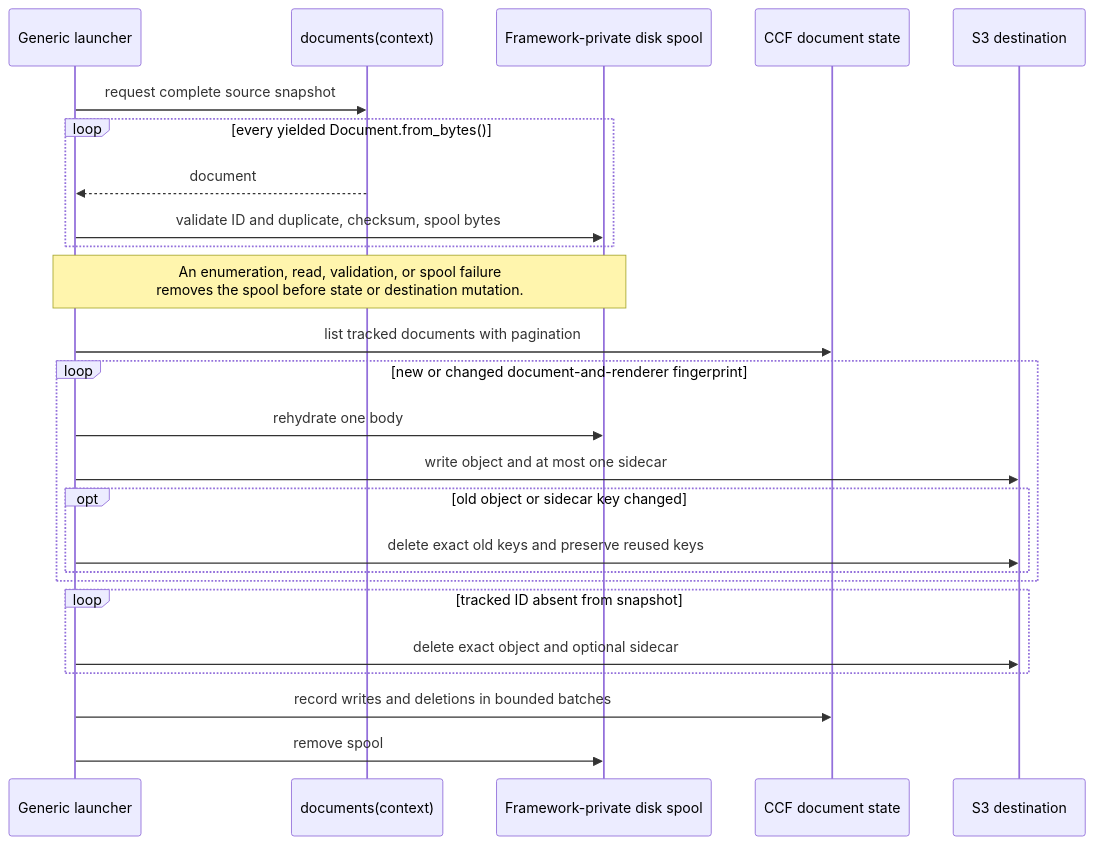
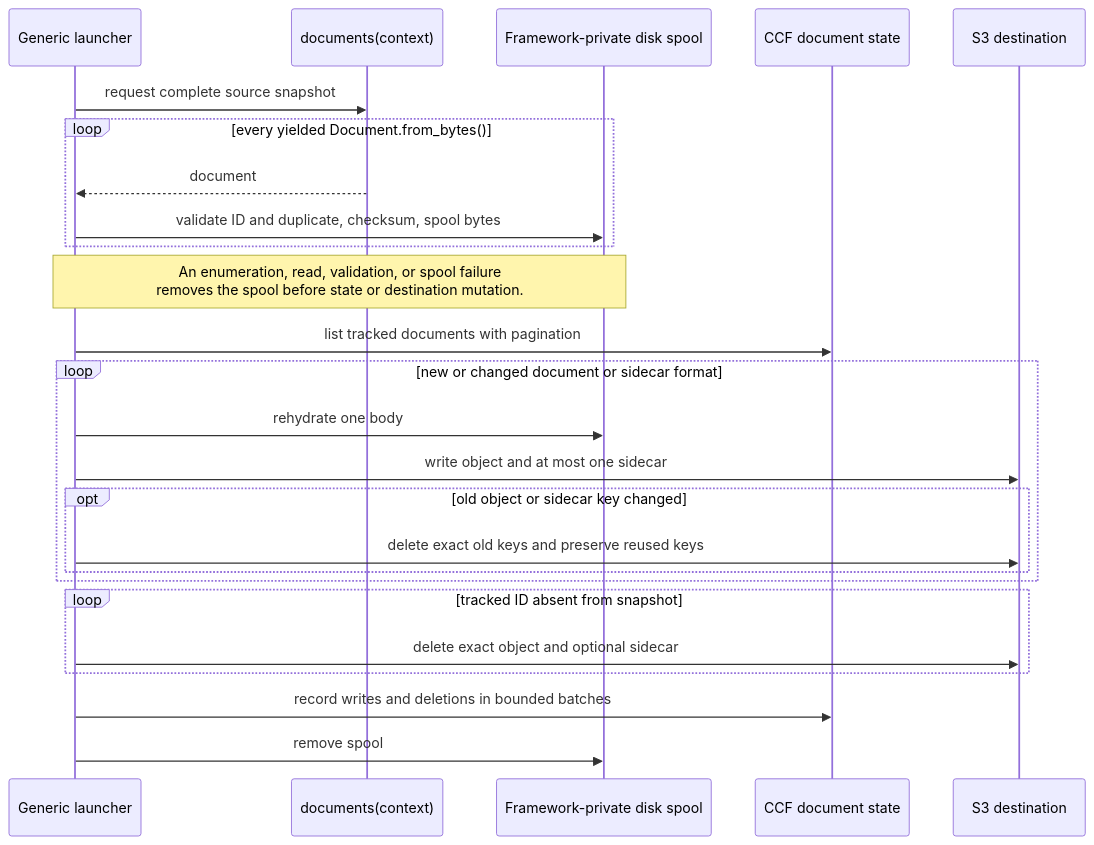
Before and after one commit to aws-samples/sample-custom-connector-framework-for-knowledge-bases: the second of 2 diagrams in README.md, drawn with Mermaid. The commit also changed other lines of this file and 2 other files, not shown here.

````diff
--- a/README.md
+++ b/README.md
@@ -144,28 +188,28 @@
 ```mermaid
 sequenceDiagram
   participant L as Generic launcher
   participant C as documents(context)
   participant P as Framework-private disk spool
   participant S as CCF document state
   participant D as S3 destination
 
   L->>C: request complete source snapshot
   loop every yielded Document.from_bytes()
     C-->>L: document
     L->>P: validate ID and duplicate, checksum, spool bytes
   end
   Note over L,P: An enumeration, read, validation, or spool failure<br/>removes the spool before state or destination mutation.
   L->>S: list tracked documents with pagination
-  loop new or changed document-and-renderer fingerprint
+  loop new or changed document or sidecar format
     L->>P: rehydrate one body
     L->>D: write object and at most one sidecar
     opt old object or sidecar key changed
       L->>D: delete exact old keys and preserve reused keys
     end
   end
   loop tracked ID absent from snapshot
     L->>D: delete exact object and optional sidecar
   end
   L->>S: record writes and deletions in bounded batches
   L->>P: remove spool
 ```
````
